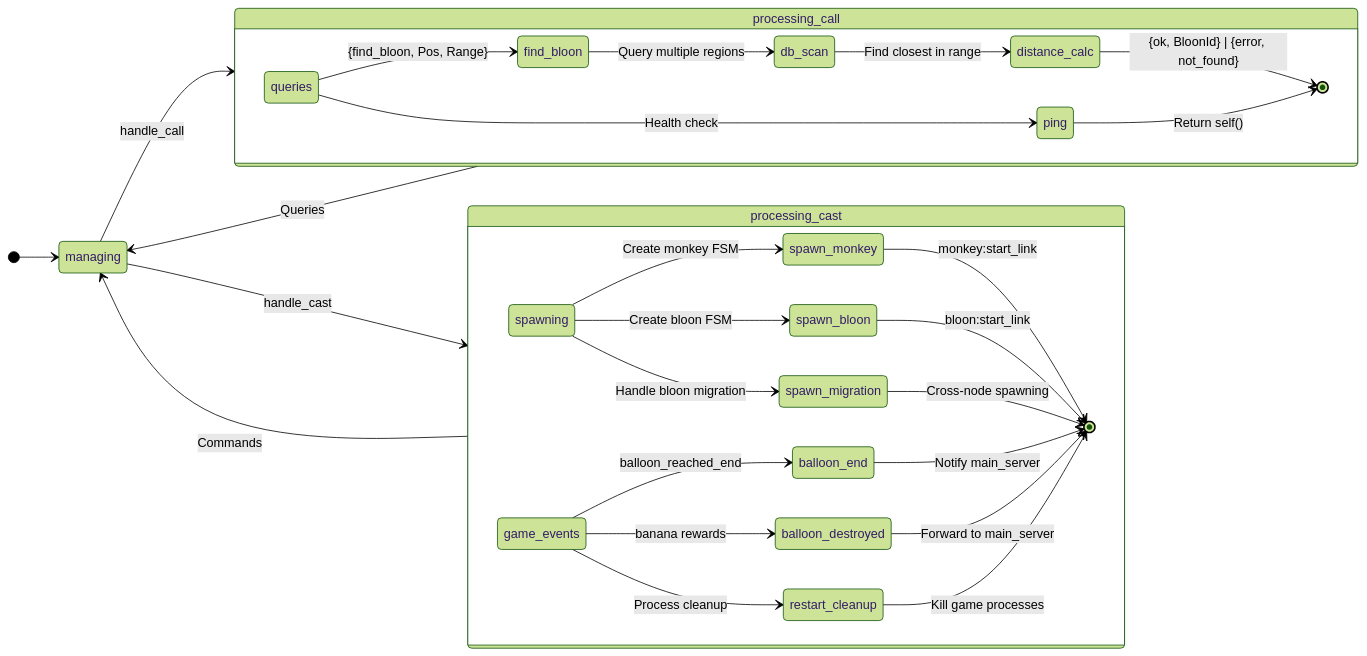
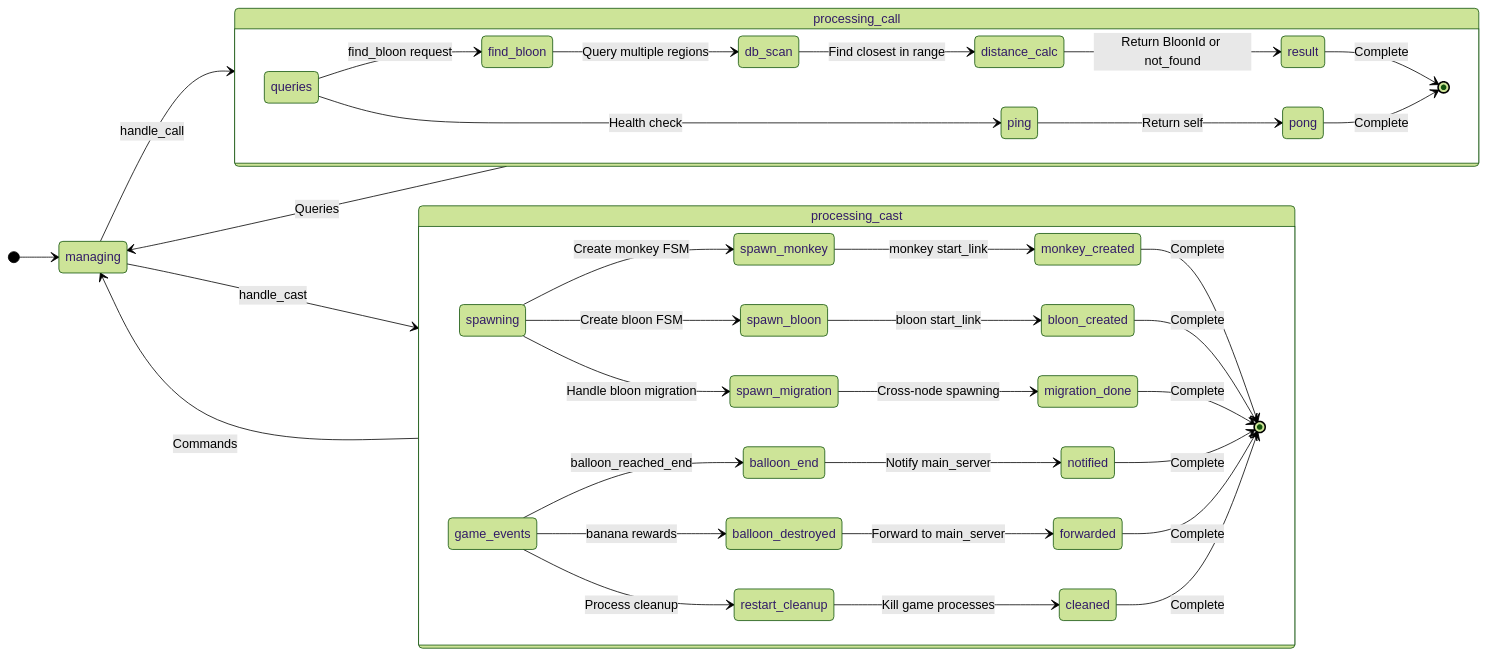
The sixth of 8 diagrams in FSM_Architecture_Diagrams.md (DoctorB-CA/BTD-Erlang-), drawn with Mermaid (forest theme) before and after one commit. The commit also changed other lines of this file, not shown here.

Commit message:
return + diagram

````diff
--- a/FSM_Architecture_Diagrams.md
+++ b/FSM_Architecture_Diagrams.md
@@ -193,39 +201,48 @@
 ```mermaid
 stateDiagram-v2
     direction LR
     [*] --> managing
     managing --> processing_call : handle_call
     managing --> processing_cast : handle_cast
     
     processing_call --> managing : Queries
     processing_cast --> managing : Commands
     
     state processing_call {
         direction LR
-        queries --> find_bloon : {find_bloon, Pos, Range}
+        queries --> find_bloon : find_bloon request
         queries --> ping : Health check
         
         find_bloon --> db_scan : Query multiple regions
         db_scan --> distance_calc : Find closest in range
-        distance_calc --> [*] : {ok, BloonId} | {error, not_found}
-        ping --> [*] : Return self()
+        distance_calc --> result : Return BloonId or not_found
+        ping --> pong : Return self
+        result --> [*] : Complete
+        pong --> [*] : Complete
     }
     
     state processing_cast {
         direction LR
         spawning --> spawn_monkey : Create monkey FSM
         spawning --> spawn_bloon : Create bloon FSM
         spawning --> spawn_migration : Handle bloon migration
         
         game_events --> balloon_end : balloon_reached_end
         game_events --> balloon_destroyed : banana rewards
         game_events --> restart_cleanup : Process cleanup
         
-        spawn_monkey --> [*] : monkey:start_link
-        spawn_bloon --> [*] : bloon:start_link  
-        spawn_migration --> [*] : Cross-node spawning
-        balloon_end --> [*] : Notify main_server
-        balloon_destroyed --> [*] : Forward to main_server
-        restart_cleanup --> [*] : Kill game processes
+        spawn_monkey --> monkey_created : monkey start_link
+        spawn_bloon --> bloon_created : bloon start_link  
+        spawn_migration --> migration_done : Cross-node spawning
+        balloon_end --> notified : Notify main_server
+        balloon_destroyed --> forwarded : Forward to main_server
+        restart_cleanup --> cleaned : Kill game processes
+        
+        monkey_created --> [*] : Complete
+        bloon_created --> [*] : Complete
+        migration_done --> [*] : Complete
+        notified --> [*] : Complete
+        forwarded --> [*] : Complete
+        cleaned --> [*] : Complete
     }
 ```
````
